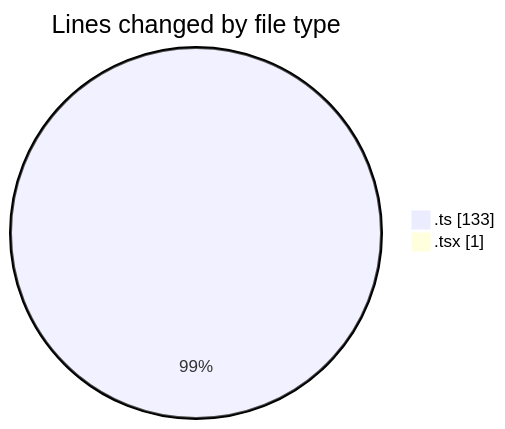
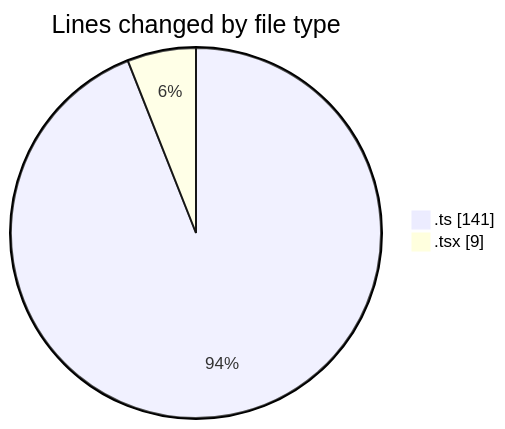
Before and after one commit to julien-gomy/code-tracking: the first of 2 diagrams in 2025-10-28/eventscop-frontend-guide__workspace_/README.md, drawn with Mermaid. The commit also changed other lines of this file and 1 other file, not shown here.

````diff
--- a/2025-10-28/eventscop-frontend-guide__workspace_/README.md
+++ b/2025-10-28/eventscop-frontend-guide__workspace_/README.md
@@ -23,6 +25,6 @@
 ```mermaid
 pie showData
 title Lines changed by file type
-".ts" : 133
-".tsx" : 1
+".ts" : 141
+".tsx" : 9
 ```
````
